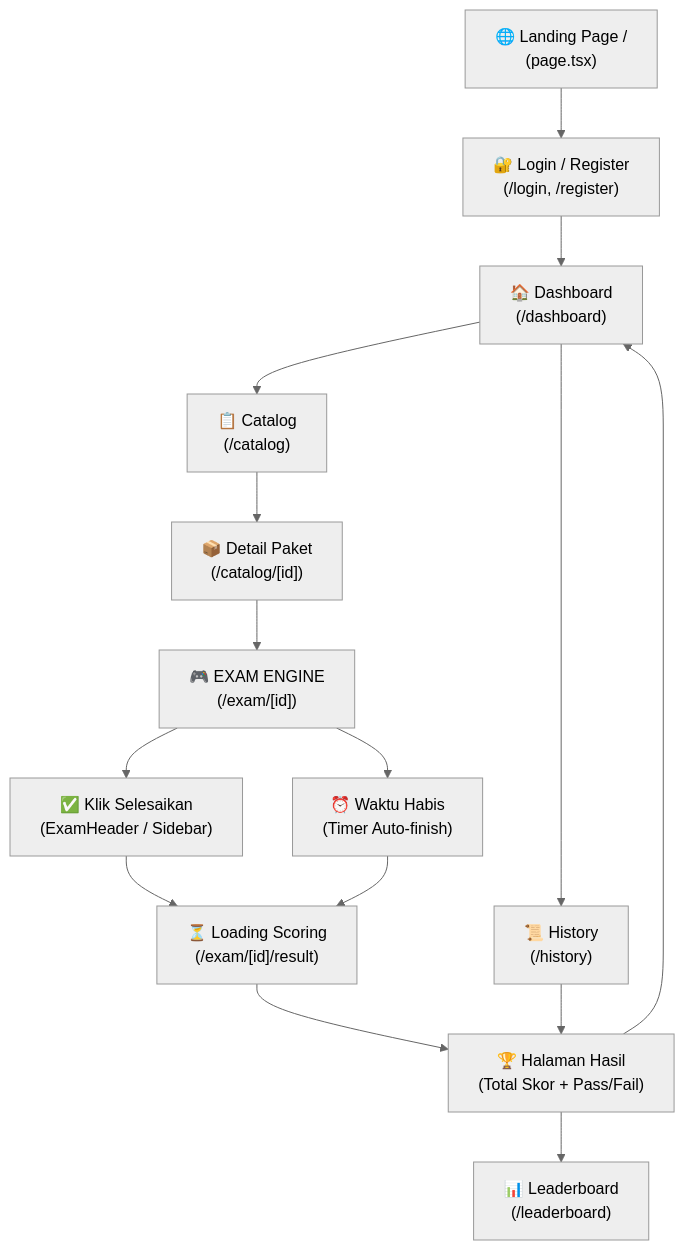
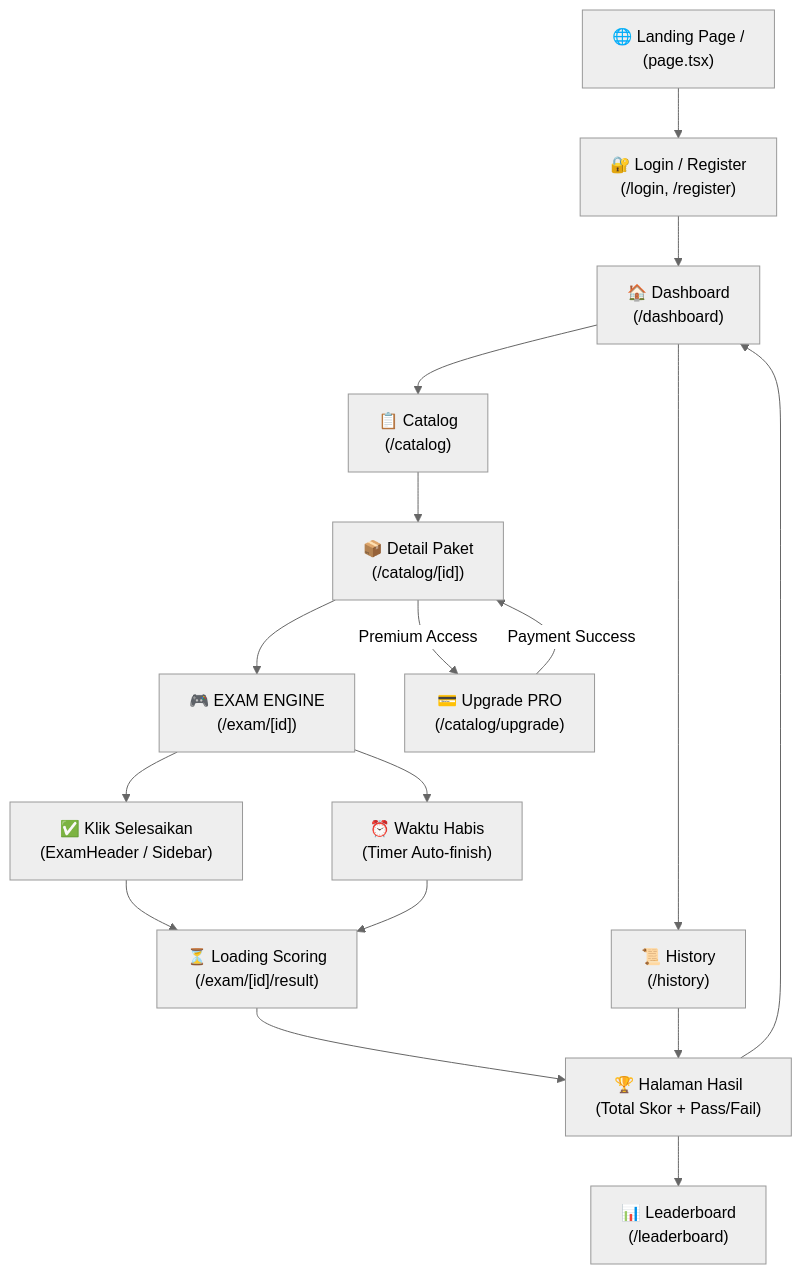
The diagram in cpns_flow_analysis.md (WillyHanafi1/Test-CPNS), drawn with Mermaid (neutral theme) before and after one commit. The commit also changed other lines of this file and 10 other files, not shown here.

````diff
--- a/cpns_flow_analysis.md
+++ b/cpns_flow_analysis.md
@@ -5,17 +5,19 @@
 ```mermaid
 flowchart TD
     A["🌐 Landing Page /\n(page.tsx)"] --> B["🔐 Login / Register\n(/login, /register)"]
     B --> C["🏠 Dashboard\n(/dashboard)"]
     C --> D1["📋 Catalog\n(/catalog)"]
     C --> D2["📜 History\n(/history)"]
     D1 --> E["📦 Detail Paket\n(/catalog/[id])"]
     E --> F["🎮 EXAM ENGINE\n(/exam/[id])"]
     F --> G1["✅ Klik Selesaikan\n(ExamHeader / Sidebar)"]
     F --> G2["⏰ Waktu Habis\n(Timer Auto-finish)"]
     G1 --> H["⏳ Loading Scoring\n(/exam/[id]/result)"]
     G2 --> H
     H --> I["🏆 Halaman Hasil\n(Total Skor + Pass/Fail)"]
     I --> J["📊 Leaderboard\n(/leaderboard)"]
     I --> C
     D2 --> I
+    E -- "Premium Access" --> K["💳 Upgrade PRO\n(/catalog/upgrade)"]
+    K -- "Payment Success" --> E
 ```
````
